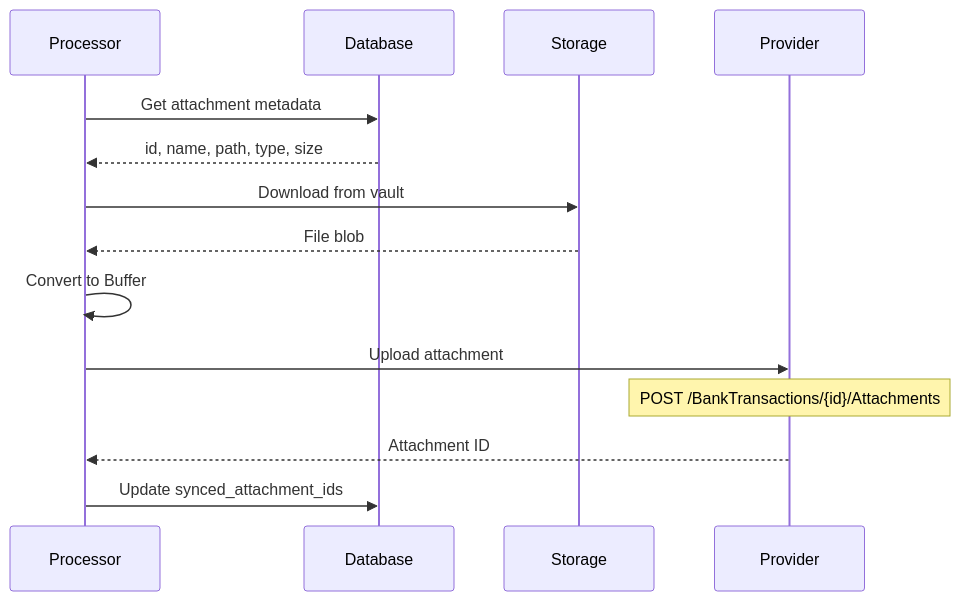
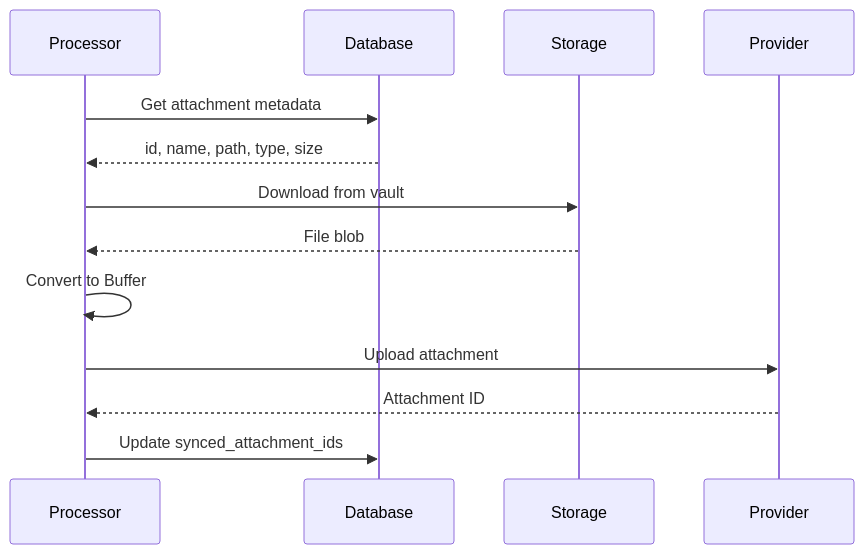
Diagram 19 of 20 in docs.md (fightingentropy/tamias), drawn with Mermaid before and after one commit. The commit also changed other lines of this file and 119 other files, not shown here.

````diff
--- a/docs.md
+++ b/docs.md
@@ -1541,21 +1515,20 @@
 ```mermaid
 sequenceDiagram
     participant Processor
     participant Database
     participant Storage
     participant Provider
 
     Processor->>Database: Get attachment metadata
     Database-->>Processor: id, name, path, type, size
 
     Processor->>Storage: Download from vault
     Storage-->>Processor: File blob
 
     Processor->>Processor: Convert to Buffer
 
     Processor->>Provider: Upload attachment
-    Note over Provider: POST /BankTransactions/{id}/Attachments
     Provider-->>Processor: Attachment ID
 
     Processor->>Database: Update synced_attachment_ids
 ```
````
